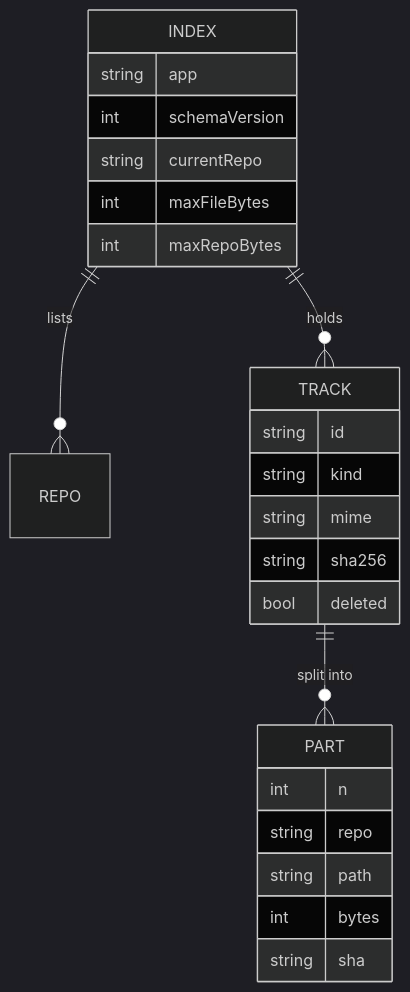
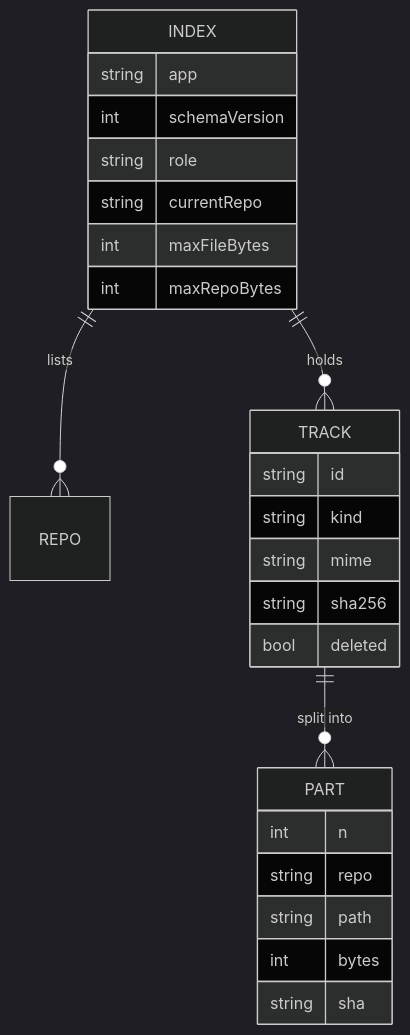
The second of 5 diagrams in docs/architecture.md (devravinder/project-madhuram-player), drawn with Mermaid (dark theme) before and after one commit. The commit also changed other lines of this file and 34 other files, not shown here.

````diff
--- a/docs/architecture.md
+++ b/docs/architecture.md
@@ -41,27 +51,28 @@
 ```mermaid
 erDiagram
   INDEX ||--o{ REPO : lists
   INDEX ||--o{ TRACK : holds
   TRACK ||--o{ PART : "split into"
   INDEX {
     string app
     int schemaVersion
+    string role
     string currentRepo
     int maxFileBytes
     int maxRepoBytes
   }
   TRACK {
     string id
     string kind
     string mime
     string sha256
     bool deleted
   }
   PART {
     int n
     string repo
     string path
     int bytes
     string sha
   }
 ```
````
